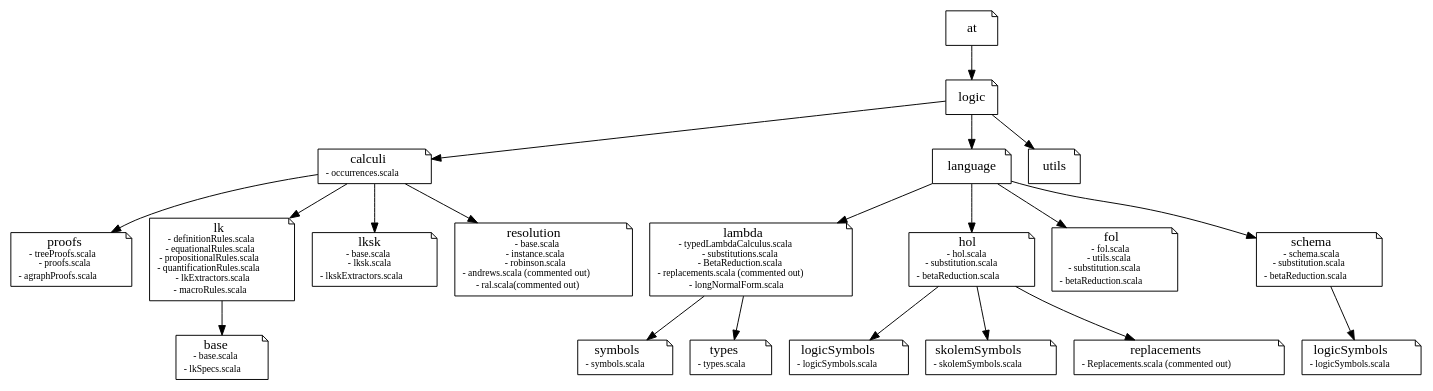
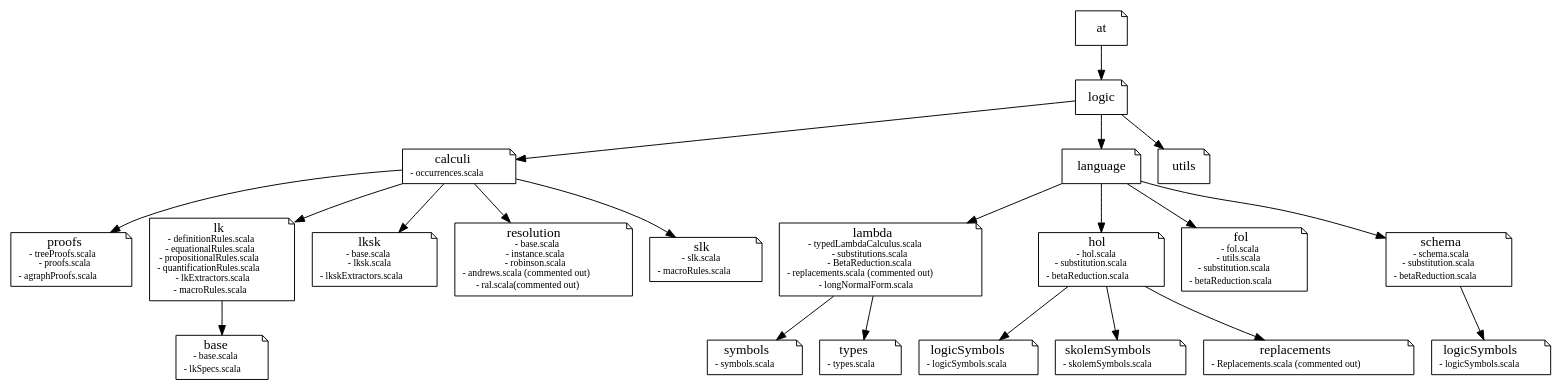
The diagram in doc/packages.gv (mschlaipfer/gapt), drawn with Graphviz before and after one commit. The commit also changed 4 other files, not shown here.

```diff
--- a/doc/packages.gv
+++ b/doc/packages.gv
@@ -1,37 +1,39 @@
 # Command: dot packages.gv -Tpng > packages.png
 
 digraph G {
   node [shape=note];
   lambda [label=< lambda<br/><font point-size="10pt">- typedLambdaCalculus.scala<br/>- substitutions.scala<br/>- BetaReduction.scala<br/>- replacements.scala (commented out)<br/>- longNormalForm.scala</font> >]
   symbols [label=< symbols<br/><font point-size="10pt">- symbols.scala</font> >]
   types [label=< types<br/><font point-size="10pt">- types.scala</font> >]
   hol [label=< hol<br/><font point-size="10pt">- hol.scala<br/>- substitution.scala<br/>- betaReduction.scala</font> >]
   logicSymbols [label=< logicSymbols<br/><font point-size="10pt">- logicSymbols.scala</font> >]
   skolemSymbols [label=< skolemSymbols<br/><font point-size="10pt">- skolemSymbols.scala</font> >]
   replacements [label=< replacements<br/><font point-size="10pt">- Replacements.scala (commented out)</font> >]
   fol [label=< fol<br/><font point-size="10pt">- fol.scala<br/>- utils.scala<br/>- substitution.scala<br/>- betaReduction.scala</font> >]
   schema [label=< schema<br/><font point-size="10pt">- schema.scala<br/>- substitution.scala<br/>- betaReduction.scala</font> >]
   logicSymbols_schema [label=< logicSymbols<br/><font point-size="10pt">- logicSymbols.scala</font> >]
   calculi [label=< calculi<br/><font point-size="10pt">- occurrences.scala</font> >]
   proofs [label=< proofs<br/><font point-size="10pt">- treeProofs.scala<br/>- proofs.scala<br/>- agraphProofs.scala</font> >]
   lk [label=< lk<br/><font point-size="10pt">- definitionRules.scala<br/>- equationalRules.scala<br/>- propositionalRules.scala<br/>- quantificationRules.scala<br/>- lkExtractors.scala<br/>- macroRules.scala</font> >]
   base [label=< base<br/><font point-size="10pt">- base.scala<br/>- lkSpecs.scala</font> >]
   lksk [label=< lksk<br/><font point-size="10pt">- base.scala<br/>- lksk.scala<br/>- lkskExtractors.scala</font> >]
   resolution [label=< resolution<br/><font point-size="10pt">- base.scala<br/>- instance.scala<br/>- robinson.scala<br/>- andrews.scala (commented out)<br/>- ral.scala(commented out)</font> >]
+  slk [label=< slk<br/><font point-size="10pt">- slk.scala<br/>- macroRules.scala</font> >]
   at -> logic -> language -> lambda -> symbols;
   lambda -> types;
   language -> hol;
   hol -> logicSymbols;
   hol -> skolemSymbols;
   hol -> replacements;
   language -> fol;
   language -> schema;
   schema -> logicSymbols_schema;
   logic -> utils;
   logic -> calculi;
   calculi -> proofs;
   calculi -> lk;
   lk -> base;
   calculi -> lksk;
   calculi -> resolution;
+  calculi -> slk;
 }
```
